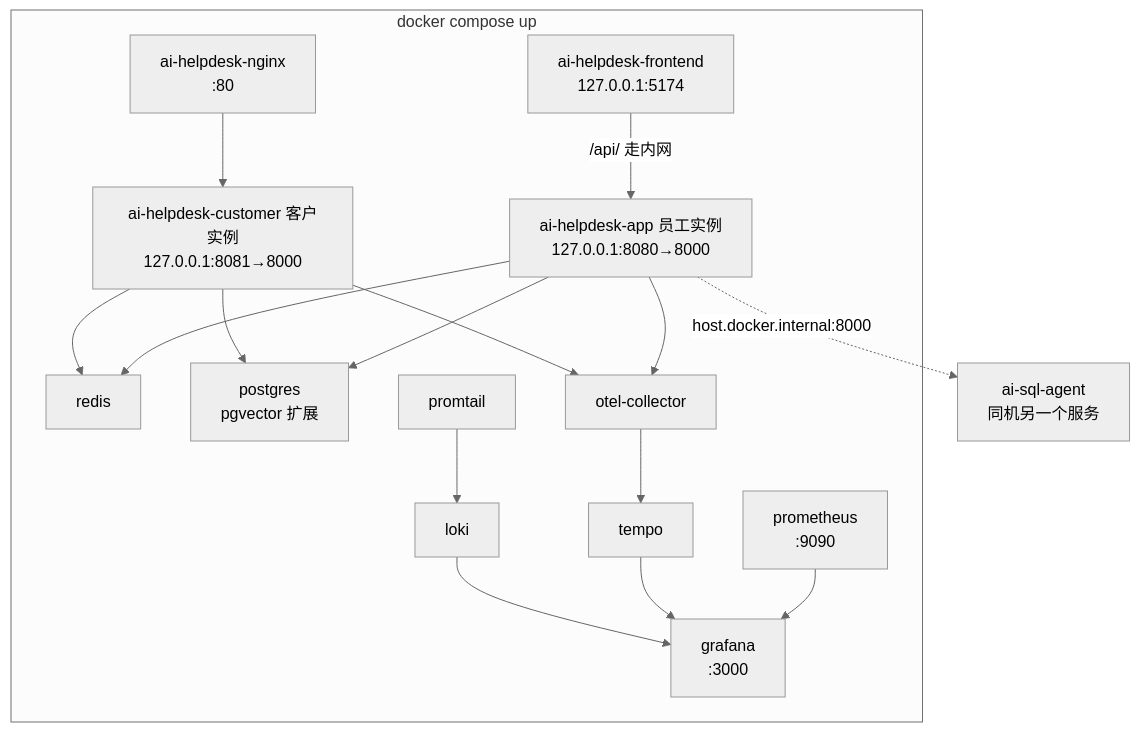
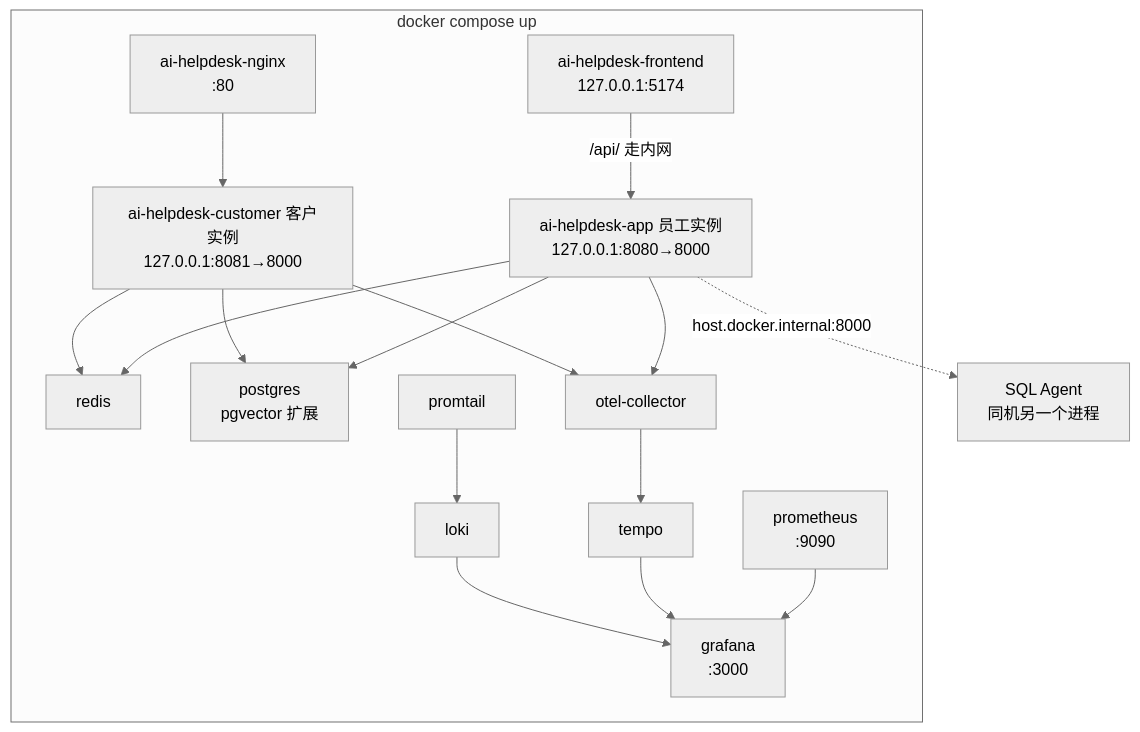
One commit to heyemlee/ai-helpdesk changed the sixth of 9 diagrams in docs/architecture.md. Above: the diagram before and after it, drawn with Mermaid (neutral theme). The commit also changed other lines of this file and 4 other files, not shown here.

````diff
--- a/docs/architecture.md
+++ b/docs/architecture.md
@@ -177,25 +179,25 @@
 ```mermaid
 flowchart TD
     subgraph compose[docker compose up]
         FE[ai-helpdesk-frontend<br/>127.0.0.1:5174]
         APP[ai-helpdesk-app 员工实例<br/>127.0.0.1:8080→8000]
         CUS[ai-helpdesk-customer 客户实例<br/>127.0.0.1:8081→8000]
         NG[ai-helpdesk-nginx<br/>:80]
         R[redis]
         PG[postgres<br/>pgvector 扩展]
         P[prometheus<br/>:9090]
         OC[otel-collector]
         TP[tempo]
         LK[loki]
         PT[promtail]
         GF[grafana<br/>:3000]
     end
     FE -->|/api/ 走内网| APP
     NG --> CUS
     APP & CUS --> R
     APP & CUS --> PG
     APP & CUS --> OC --> TP
-    APP -.->|host.docker.internal:8000| SQL[ai-sql-agent<br/>同机另一个服务]
+    APP -.->|host.docker.internal:8000| SQL[SQL Agent<br/>同机另一个进程]
     PT --> LK
     P & TP & LK --> GF
 ```
````
